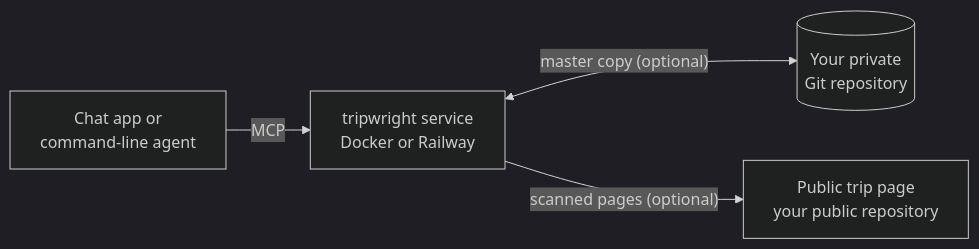
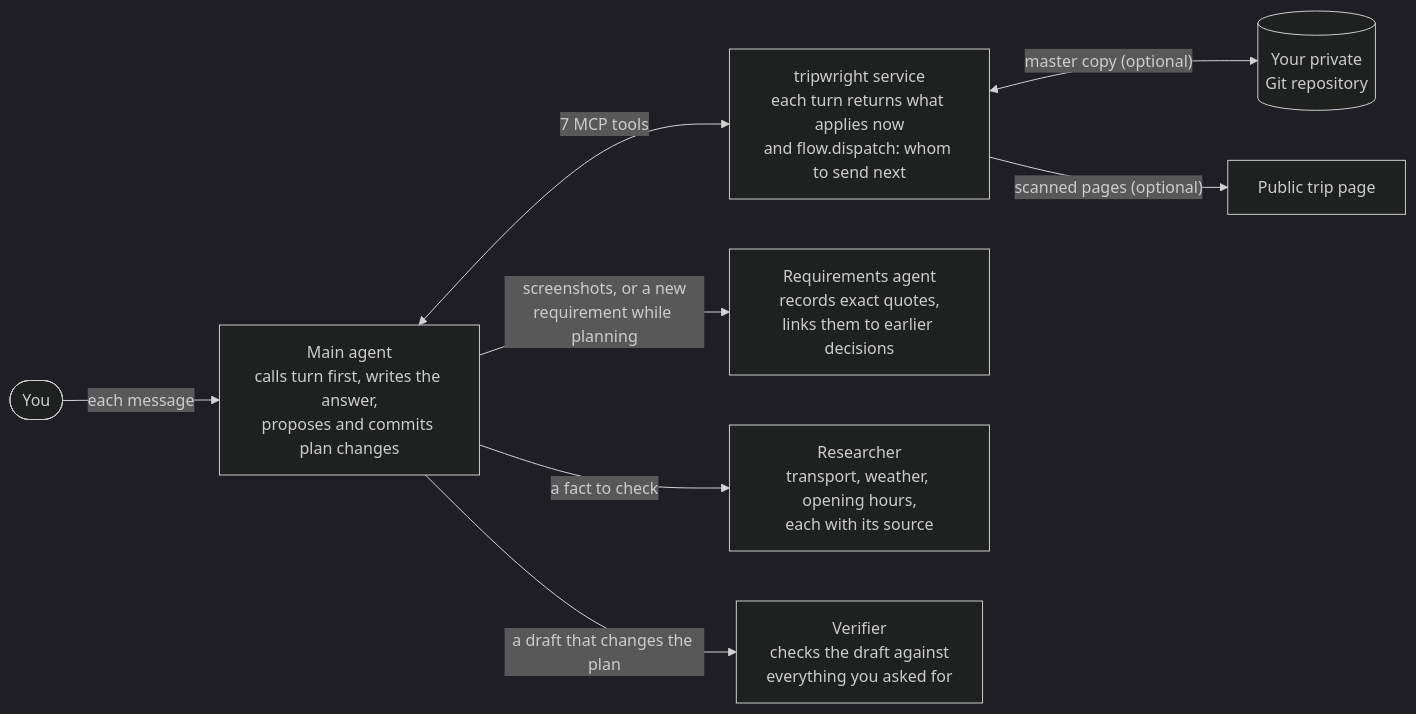
Before and after one commit to zlxdengtianhei/tripwright: the first of 3 diagrams in README.md, drawn with Mermaid (dark theme). The commit also changed other lines of this file and 2 other files, not shown here.

Commit message:
README and homepage: show the four roles and whom the service names, the path from one sentence to a saved plan with its conditions, and two situations (a question on the road, planning with screenshots)

````diff
--- a/README.md
+++ b/README.md
@@ -27,6 +27,10 @@
 ```mermaid
 flowchart LR
-    A["Chat app or<br/>command-line agent"] -->|MCP| B["tripwright service<br/>Docker or Railway"]
-    B <-->|"master copy (optional)"| C[("Your private<br/>Git repository")]
-    B -->|"scanned pages (optional)"| D["Public trip page<br/>your public repository"]
+    U(["You"]) -->|"each message"| M["Main agent<br/>calls turn first, writes the answer,<br/>proposes and commits plan changes"]
+    M <-->|"7 MCP tools"| S["tripwright service<br/>each turn returns what applies now<br/>and flow.dispatch: whom to send next"]
+    M -->|"screenshots, or a new<br/>requirement while planning"| R["Requirements agent<br/>records exact quotes,<br/>links them to earlier decisions"]
+    M -->|"a fact to check"| Q["Researcher<br/>transport, weather, opening hours,<br/>each with its source"]
+    M -->|"a draft that changes the plan"| V["Verifier<br/>checks the draft against<br/>everything you asked for"]
+    S <-->|"master copy (optional)"| G[("Your private<br/>Git repository")]
+    S -->|"scanned pages (optional)"| P["Public trip page"]
 ```
````
